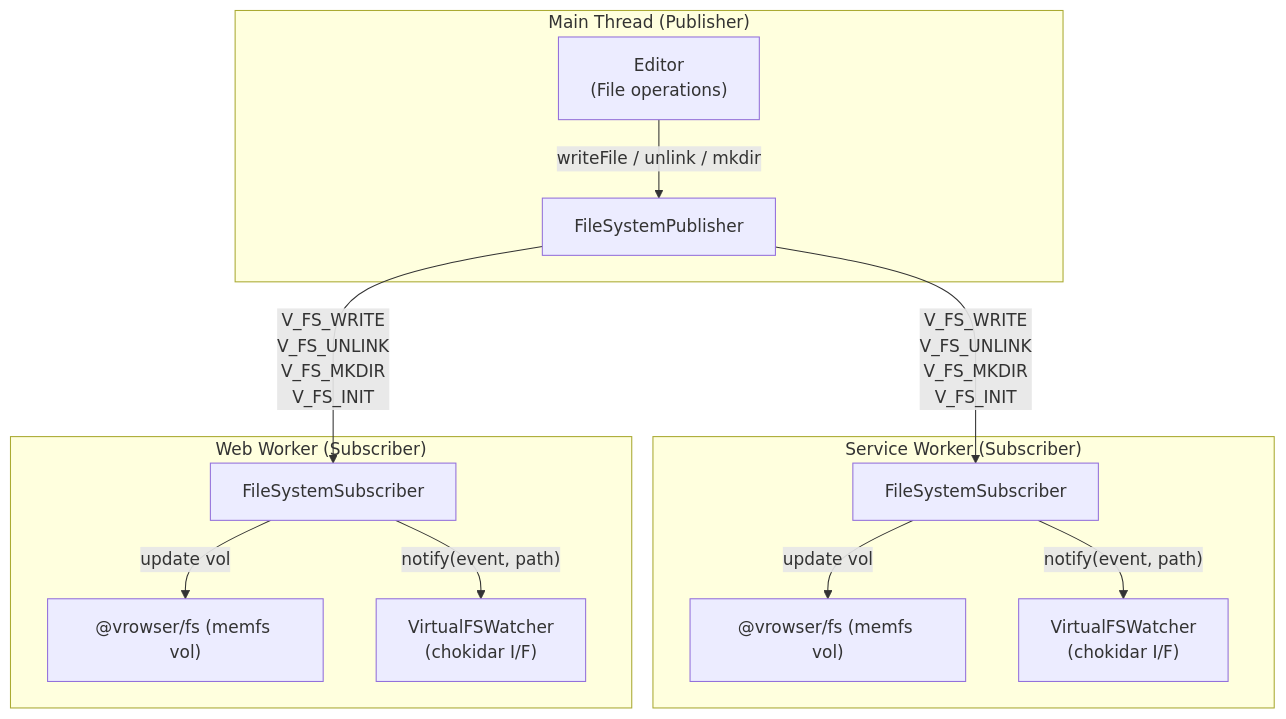
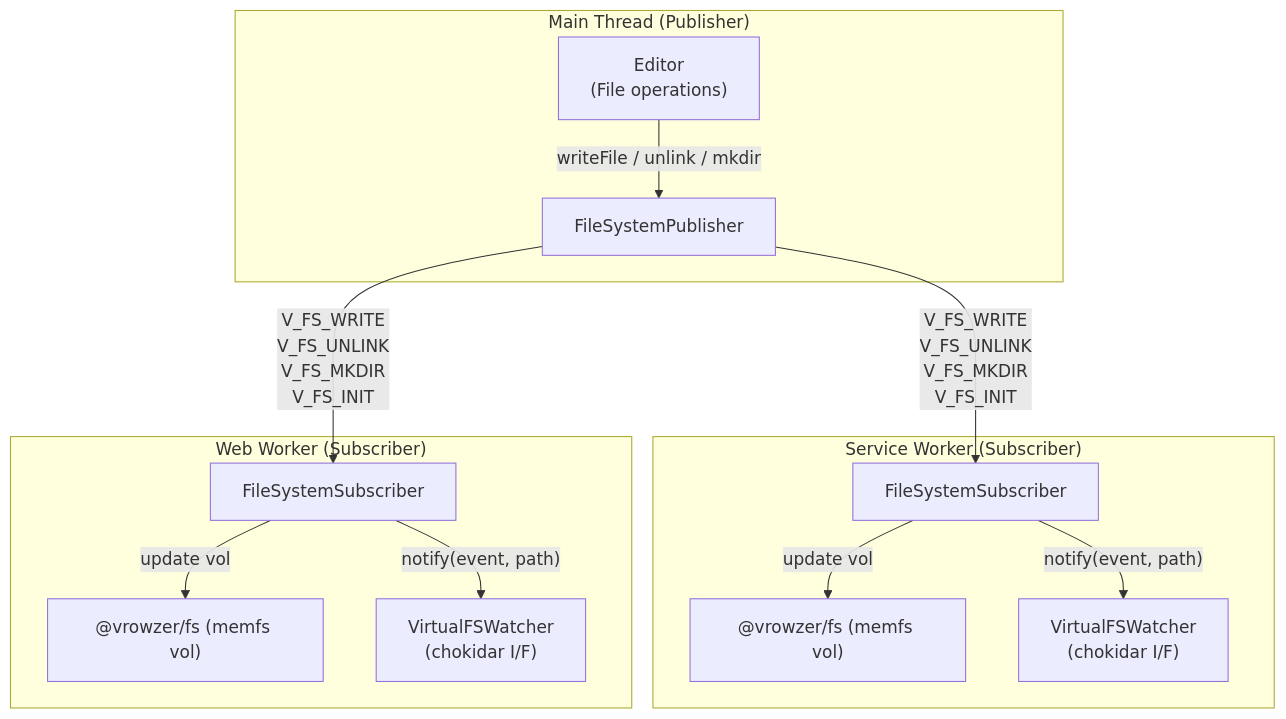
One commit to kazupon/vrowzer changed the diagram in packages/fs/README.md. Above: the diagram before and after it, drawn with Mermaid. The commit also changed other lines of this file and 544 other files, not shown here.

````diff
--- a/packages/fs/README.md
+++ b/packages/fs/README.md
@@ -102,27 +102,27 @@
 ```mermaid
 graph TB
     subgraph MainThread["Main Thread (Publisher)"]
         Editor["Editor<br/>(File operations)"]
         Publisher["FileSystemPublisher"]
         Editor -->|"writeFile / unlink / mkdir"| Publisher
     end
 
     Publisher -->|"V_FS_WRITE<br/>V_FS_UNLINK<br/>V_FS_MKDIR<br/>V_FS_INIT"| SWSub
     Publisher -->|"V_FS_WRITE<br/>V_FS_UNLINK<br/>V_FS_MKDIR<br/>V_FS_INIT"| WWSub
 
     subgraph ServiceWorker["Service Worker (Subscriber)"]
         SWSub["FileSystemSubscriber"]
-        SWVol["@vrowser/fs (memfs vol)"]
+        SWVol["@vrowzer/fs (memfs vol)"]
         SWWatcher["VirtualFSWatcher<br/>(chokidar I/F)"]
         SWSub -->|"update vol"| SWVol
         SWSub -->|"notify(event, path)"| SWWatcher
     end
 
     subgraph WebWorker["Web Worker (Subscriber)"]
         WWSub["FileSystemSubscriber"]
-        WWVol["@vrowser/fs (memfs vol)"]
+        WWVol["@vrowzer/fs (memfs vol)"]
         WWWatcher["VirtualFSWatcher<br/>(chokidar I/F)"]
         WWSub -->|"update vol"| WWVol
         WWSub -->|"notify(event, path)"| WWWatcher
     end
 ```
````
